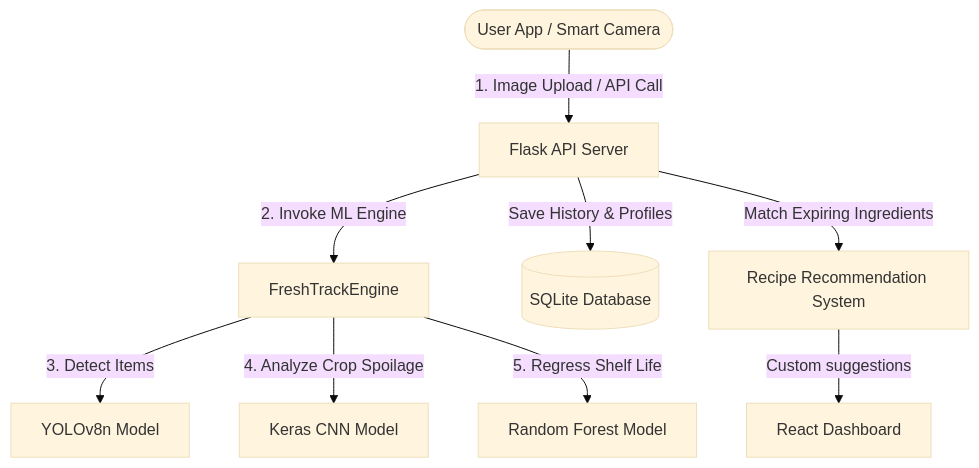
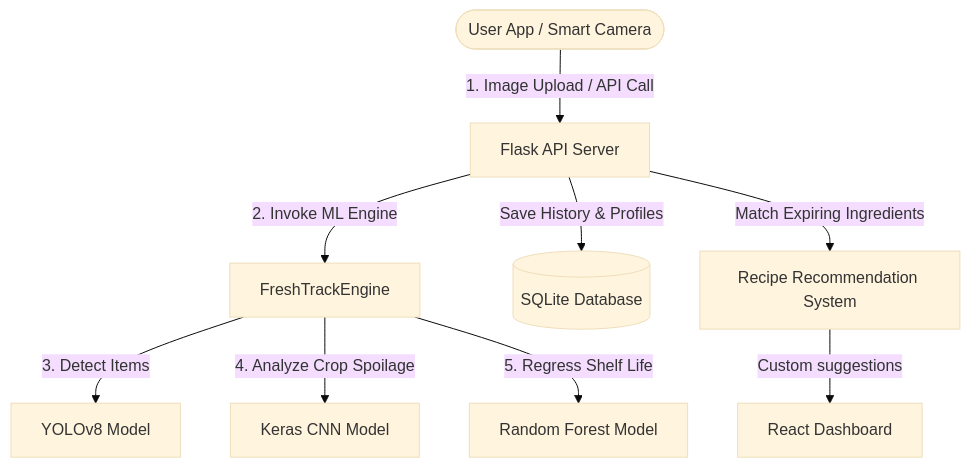
Before and after one commit to rashiwawale18/FreshTrack: the diagram in README.md, drawn with Mermaid (base theme). The commit also changed other lines of this file, not shown here.

Commit message:
Update YOLOv8n references to YOLOv8

````diff
--- a/README.md
+++ b/README.md
@@ -38,12 +38,12 @@
 ```mermaid
 graph TD
     User([User App / Smart Camera]) -->|1. Image Upload / API Call| Flask[Flask API Server]
     Flask -->|2. Invoke ML Engine| Engine[FreshTrackEngine]
-    Engine -->|3. Detect Items| YOLO[YOLOv8n Model]
+    Engine -->|3. Detect Items| YOLO[YOLOv8 Model]
     Engine -->|4. Analyze Crop Spoilage| CNN[Keras CNN Model]
     Engine -->|5. Regress Shelf Life| RF[Random Forest Model]
     
     Flask -->|Save History & Profiles| DB[(SQLite Database)]
     Flask -->|Match Expiring Ingredients| RecipeEngine[Recipe Recommendation System]
     RecipeEngine -->|Custom suggestions| UI[React Dashboard]
 ```
````
